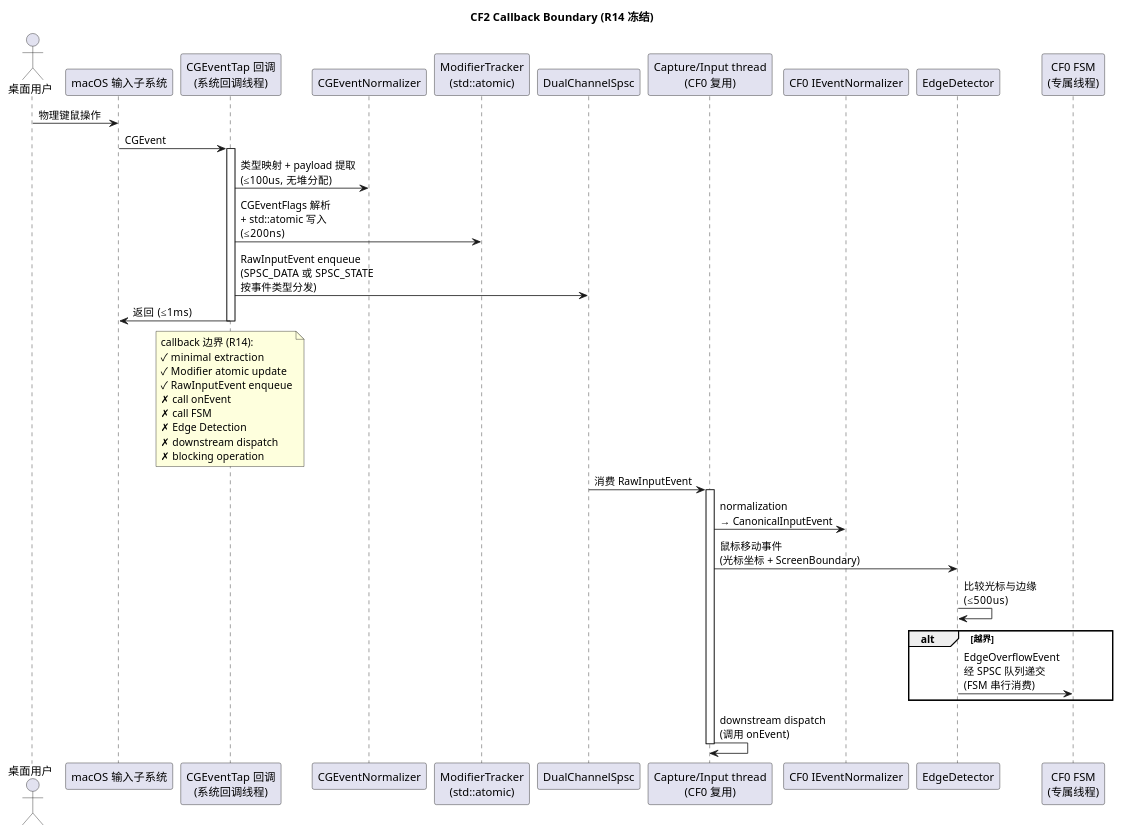
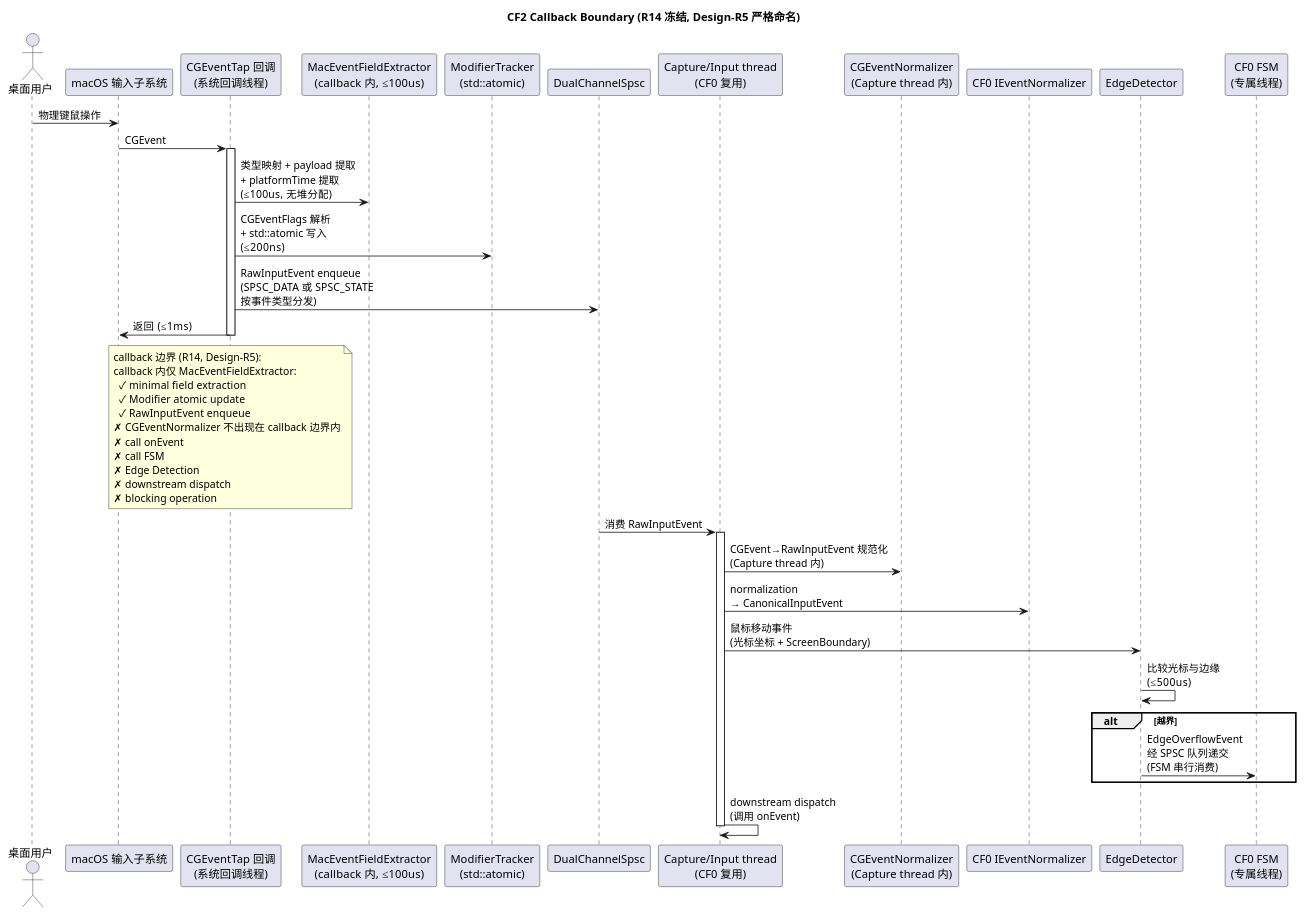
The third of 9 diagrams in docs/cf2_mac_capture/design.md (wujupeng/CrossFlow-X), drawn with PlantUML before and after one commit. The commit also changed other lines of this file, not shown here.

First line of the commit message:
docs(cf2): CF2 Design Amendment v1.1 - 10 Contract-level fixes

````diff
--- a/docs/cf2_mac_capture/design.md
+++ b/docs/cf2_mac_capture/design.md
@@ -460,47 +485,51 @@
 ```plantuml
 @startuml
-title CF2 Callback Boundary (R14 冻结)
+title CF2 Callback Boundary (R14 冻结, Design-R5 严格命名)
 actor "桌面用户" as U
 participant "macOS 输入子系统" as MacIO
 participant "CGEventTap 回调\n(系统回调线程)" as Tap
-participant "CGEventNormalizer" as Norm2
+participant "MacEventFieldExtractor\n(callback 内, ≤100us)" as Extract
 participant "ModifierTracker\n(std::atomic)" as Mod
 participant "DualChannelSpsc" as DualQ
 participant "Capture/Input thread\n(CF0 复用)" as Cap
+participant "CGEventNormalizer\n(Capture thread 内)" as Norm2
 participant "CF0 IEventNormalizer" as Cf0Norm
 participant "EdgeDetector" as Edge
 participant "CF0 FSM\n(专属线程)" as Fsm
 
 U -> MacIO : 物理键鼠操作
 MacIO -> Tap : CGEvent
 activate Tap
-Tap -> Norm2 : 类型映射 + payload 提取\n(≤100us, 无堆分配)
+Tap -> Extract : 类型映射 + payload 提取\n+ platformTime 提取\n(≤100us, 无堆分配)
 Tap -> Mod : CGEventFlags 解析\n+ std::atomic 写入\n(≤200ns)
 Tap -> DualQ : RawInputEvent enqueue\n(SPSC_DATA 或 SPSC_STATE\n按事件类型分发)
 Tap -> MacIO : 返回 (≤1ms)
 deactivate Tap
 
 note over Tap
-  callback 边界 (R14):
-  ✓ minimal extraction
-  ✓ Modifier atomic update
-  ✓ RawInputEvent enqueue
+  callback 边界 (R14, Design-R5):
+  callback 内仅 MacEventFieldExtractor:
+    ✓ minimal field extraction
+    ✓ Modifier atomic update
+    ✓ RawInputEvent enqueue
+  ✗ CGEventNormalizer 不出现在 callback 边界内
   ✗ call onEvent
   ✗ call FSM
   ✗ Edge Detection
   ✗ downstream dispatch
   ✗ blocking operation
 end note
 
 DualQ -> Cap : 消费 RawInputEvent
 activate Cap
+Cap -> Norm2 : CGEvent→RawInputEvent 规范化\n(Capture thread 内)
 Cap -> Cf0Norm : normalization\n→ CanonicalInputEvent
 Cap -> Edge : 鼠标移动事件\n(光标坐标 + ScreenBoundary)
 Edge -> Edge : 比较光标与边缘\n(≤500us)
 alt 越界
     Edge -> Fsm : EdgeOverflowEvent\n经 SPSC 队列递交\n(FSM 串行消费)
 end
 Cap -> Cap : downstream dispatch\n(调用 onEvent)
 deactivate Cap
 @enduml
 ```
````
